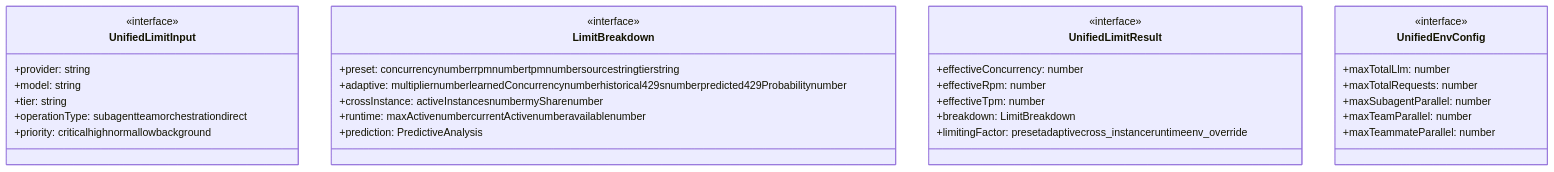
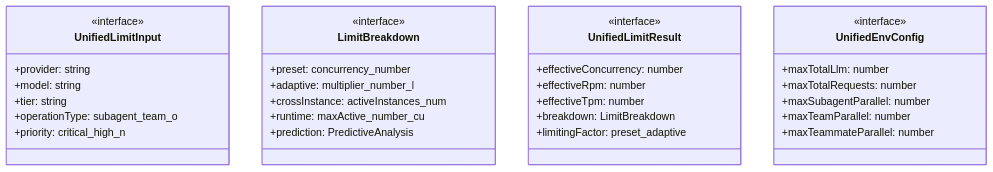
Before and after one commit to Mekann2904/mekann: the first of 4 diagrams in ABDD/.pi/lib/unified-limit-resolver.md, drawn with Mermaid. The commit also changed other lines of this file and 174 other files, not shown here.

First line of the commit message:
fix(docs): ABDDのMermaid図生成エラーを修正する

````diff
--- a/ABDD/.pi/lib/unified-limit-resolver.md
+++ b/ABDD/.pi/lib/unified-limit-resolver.md
@@ -43,35 +43,35 @@
 ```mermaid
 classDiagram
   class UnifiedLimitInput {
     <<interface>>
     +provider: string
     +model: string
     +tier: string
-    +operationType: subagentteamorchestrationdirect
-    +priority: criticalhighnormallowbackground
+    +operationType: subagent_team_o
+    +priority: critical_high_n
   }
   class LimitBreakdown {
     <<interface>>
-    +preset: concurrencynumberrpmnumbertpmnumbersourcestringtierstring
-    +adaptive: multipliernumberlearnedConcurrencynumberhistorical429snumberpredicted429Probabilitynumber
-    +crossInstance: activeInstancesnumbermySharenumber
-    +runtime: maxActivenumbercurrentActivenumberavailablenumber
+    +preset: concurrency_number
+    +adaptive: multiplier_number_l
+    +crossInstance: activeInstances_num
+    +runtime: maxActive_number_cu
     +prediction: PredictiveAnalysis
   }
   class UnifiedLimitResult {
     <<interface>>
     +effectiveConcurrency: number
     +effectiveRpm: number
     +effectiveTpm: number
     +breakdown: LimitBreakdown
-    +limitingFactor: presetadaptivecross_instanceruntimeenv_override
+    +limitingFactor: preset_adaptive
   }
   class UnifiedEnvConfig {
     <<interface>>
     +maxTotalLlm: number
     +maxTotalRequests: number
     +maxSubagentParallel: number
     +maxTeamParallel: number
     +maxTeammateParallel: number
   }
 ```
````
